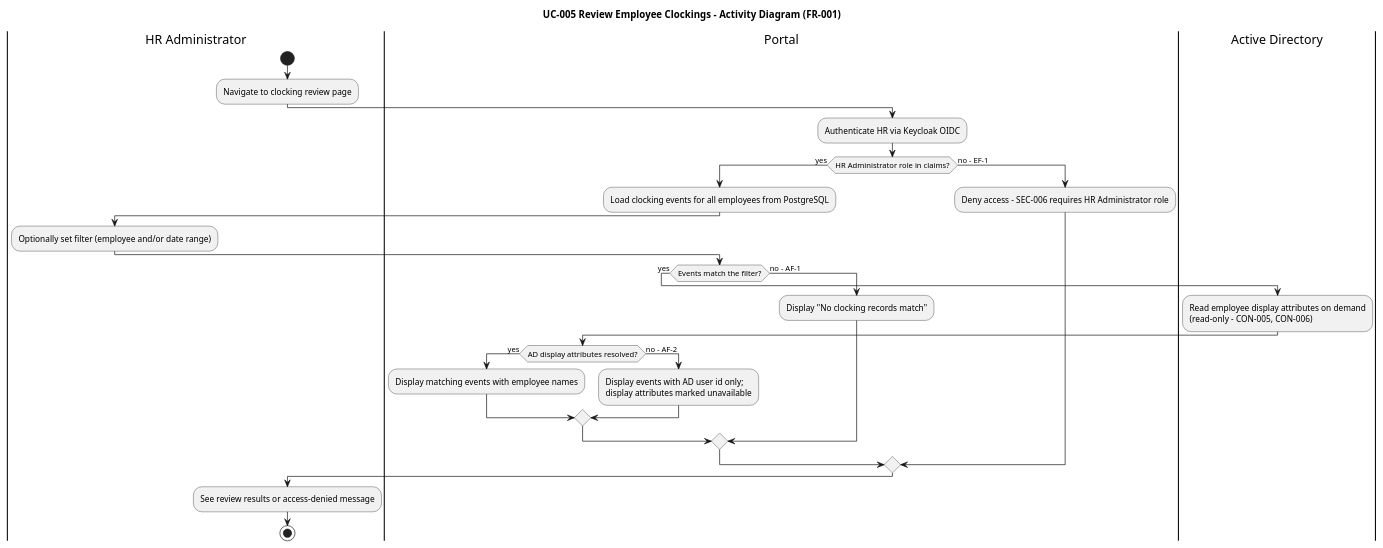
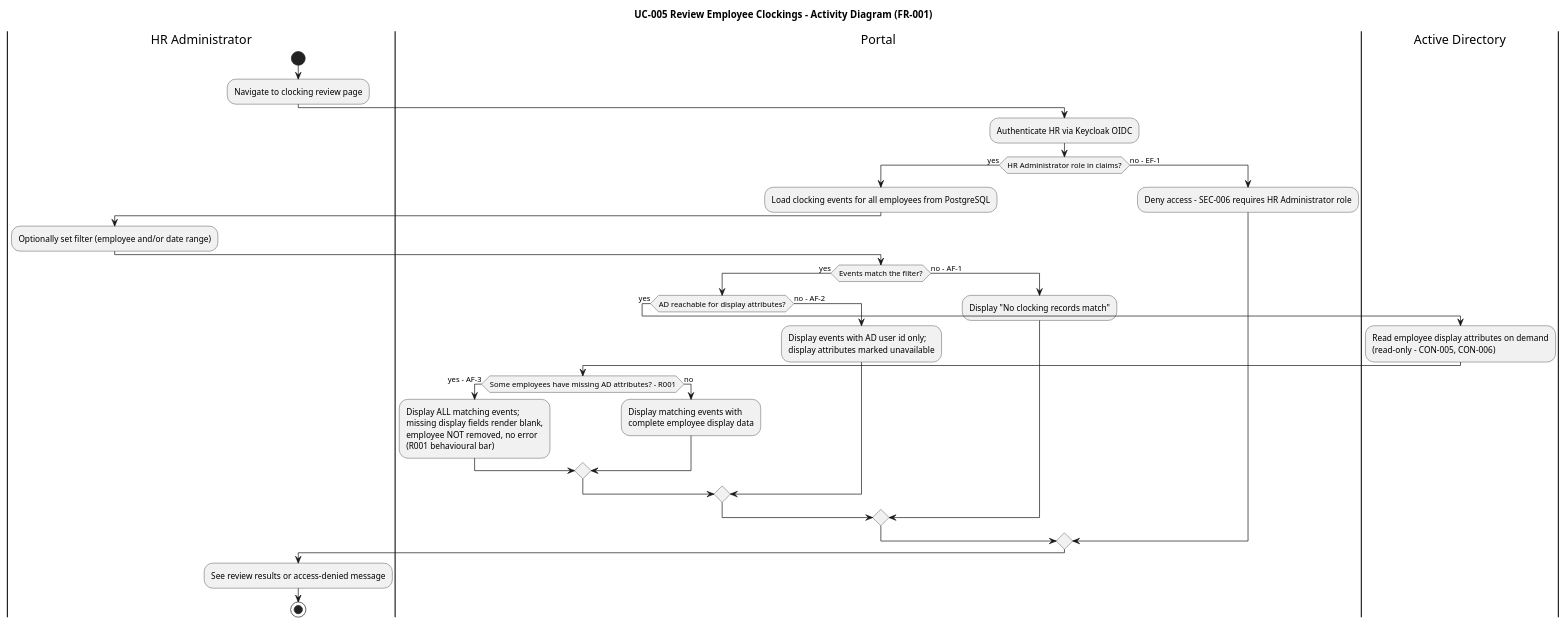
One commit to banense-test/employee-portal changed the sixth of 15 diagrams in docs/artifacts/requirements/use-case-model.md. Above: the diagram before and after it, drawn with PlantUML. The commit also changed other lines of this file, not shown here.

````diff
--- a/docs/artifacts/requirements/use-case-model.md
+++ b/docs/artifacts/requirements/use-case-model.md
@@ -412,33 +413,37 @@
 ```plantuml
 @startuml
 title UC-005 Review Employee Clockings - Activity Diagram (FR-001)
 |HR Administrator|
 start
 :Navigate to clocking review page;
 |Portal|
 :Authenticate HR via Keycloak OIDC;
 if (HR Administrator role in claims?) then (yes)
   :Load clocking events for all employees from PostgreSQL;
   |HR Administrator|
   :Optionally set filter (employee and/or date range);
   |Portal|
   if (Events match the filter?) then (yes)
-    |Active Directory|
-    :Read employee display attributes on demand\n(read-only - CON-005, CON-006);
-    |Portal|
-    if (AD display attributes resolved?) then (yes)
-      :Display matching events with employee names;
+    if (AD reachable for display attributes?) then (yes)
+      |Active Directory|
+      :Read employee display attributes on demand\n(read-only - CON-005, CON-006);
+      |Portal|
+      if (Some employees have missing AD attributes? - R001) then (yes - AF-3)
+        :Display ALL matching events;\nmissing display fields render blank,\nemployee NOT removed, no error\n(R001 behavioural bar);
+      else (no)
+        :Display matching events with\ncomplete employee display data;
+      endif
     else (no - AF-2)
       :Display events with AD user id only;\ndisplay attributes marked unavailable;
     endif
   else (no - AF-1)
     :Display "No clocking records match";
   endif
 else (no - EF-1)
   :Deny access - SEC-006 requires HR Administrator role;
 endif
 |HR Administrator|
 :See review results or access-denied message;
 stop
 @enduml
 ```
````
